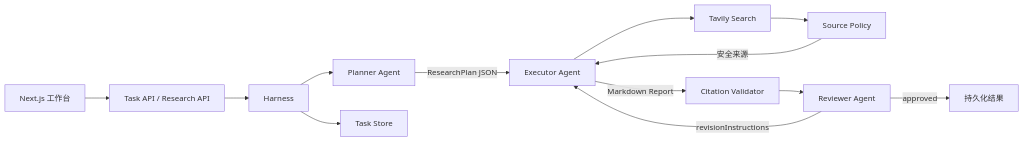
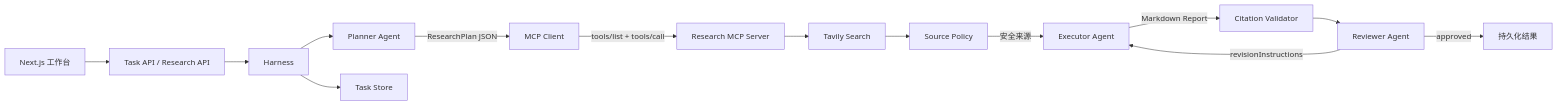
The diagram in README.md (ZQR1101/agentos-web), drawn with Mermaid before and after one commit. The commit also changed other lines of this file and 14 other files, not shown here.

Commit message:
add real MCP search integration (#2)

````diff
--- a/README.md
+++ b/README.md
@@ -20,15 +21,16 @@
 ```mermaid
 flowchart LR
     UI["Next.js 工作台"] --> API["Task API / Research API"]
     API --> H["Harness"]
     H --> P["Planner Agent"]
-    P -->|"ResearchPlan JSON"| E["Executor Agent"]
-    E --> T["Tavily Search"]
+    P -->|"ResearchPlan JSON"| MC["MCP Client"]
+    MC -->|"tools/list + tools/call"| MS["Research MCP Server"]
+    MS --> T["Tavily Search"]
     T --> SP["Source Policy"]
-    SP -->|"安全来源"| E
+    SP -->|"安全来源"| E["Executor Agent"]
     E -->|"Markdown Report"| CV["Citation Validator"]
     CV --> R["Reviewer Agent"]
     R -->|"approved"| DONE["持久化结果"]
     R -->|"revisionInstructions"| E
     H --> STORE["Task Store"]
 ```
````
